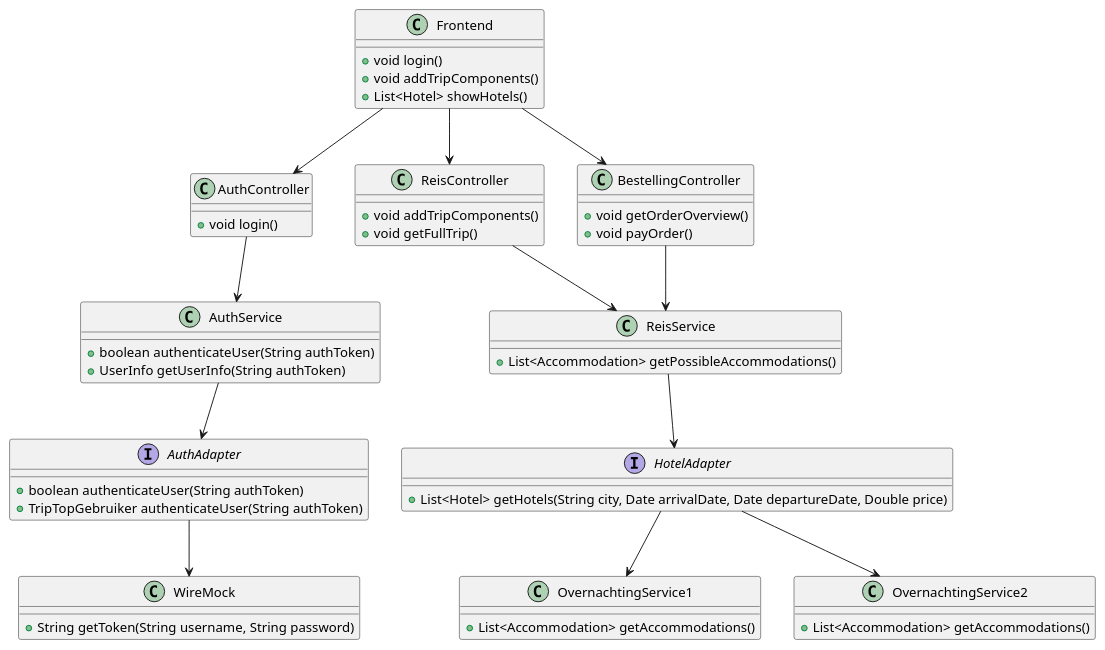
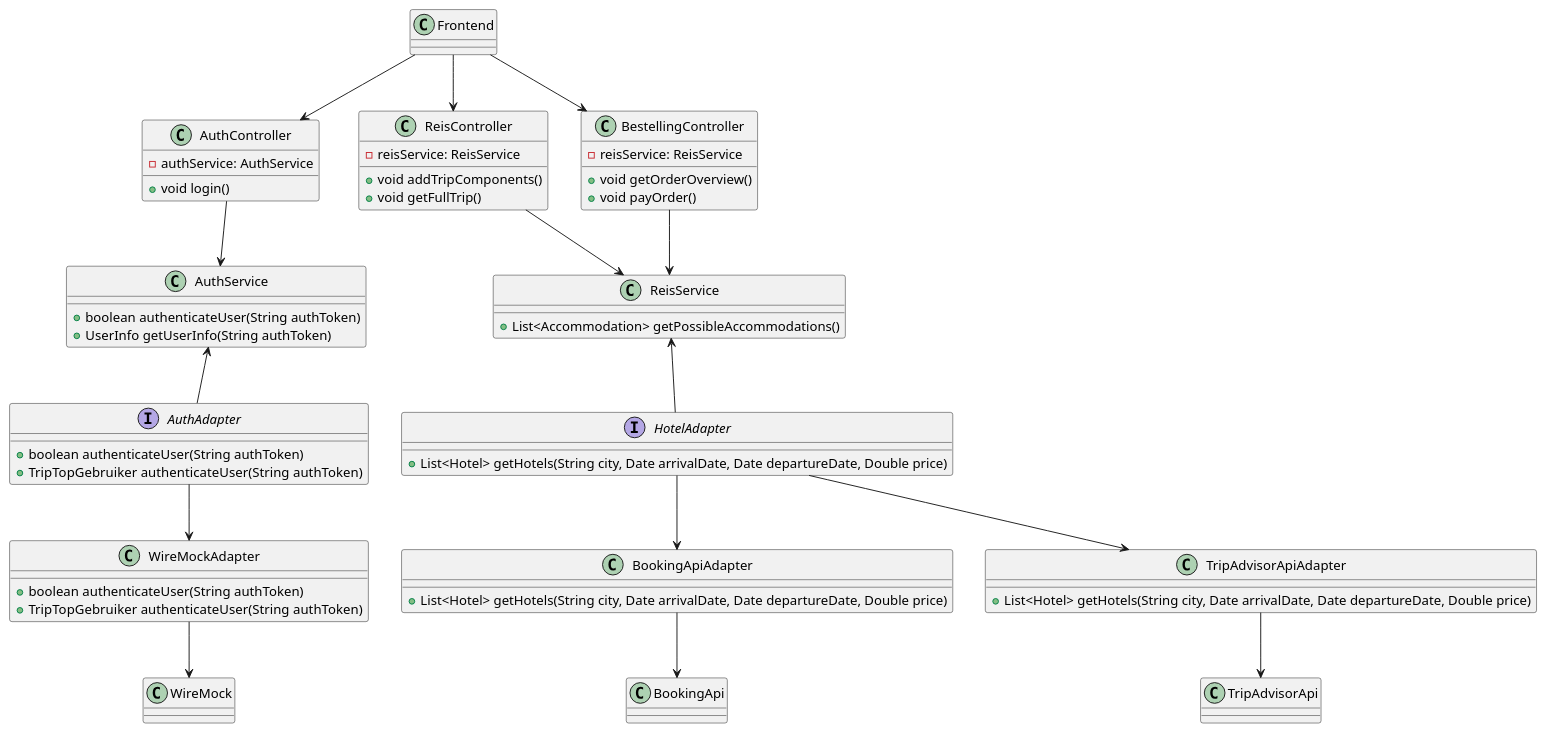
Before and after one commit to AIM-ENE-feb25/triptop-groep-b5: the diagram in week2/les3/classDiagram.puml, drawn with PlantUML.

Commit message:
class diagram update

```diff
--- a/week2/les3/classDiagram.puml
+++ b/week2/les3/classDiagram.puml
@@ -1,65 +1,82 @@
 @startuml
 
 class Frontend {
-    +void login()
-    +void addTripComponents()
-    +List<Hotel> showHotels()
+
 }
 
 class AuthController {
+    -authService: AuthService
     +void login()
 }
 
 class ReisController {
+    -reisService: ReisService
     +void addTripComponents()
     +void getFullTrip()
 }
 
 class BestellingController {
+-reisService: ReisService
     +void getOrderOverview()
     +void payOrder()
 }
 
 class AuthService {
     +boolean authenticateUser(String authToken)
     +UserInfo getUserInfo(String authToken)
 }
 
 class ReisService {
     +List<Accommodation> getPossibleAccommodations()
 }
 
 interface AuthAdapter {
     +boolean authenticateUser(String authToken)
     +TripTopGebruiker authenticateUser(String authToken)
 }
 
+class WireMockAdapter {
+    +boolean authenticateUser(String authToken)
+    +TripTopGebruiker authenticateUser(String authToken)
+}
+
 interface HotelAdapter {
     +List<Hotel> getHotels(String city, Date arrivalDate, Date departureDate, Double price)
 }
 
-class WireMock {
-    +String getToken(String username, String password)
+class BookingApiAdapter {
+    +List<Hotel> getHotels(String city, Date arrivalDate, Date departureDate, Double price)
 }
 
-class OvernachtingService1 {
-    +List<Accommodation> getAccommodations()
+class TripAdvisorApiAdapter {
+    +List<Hotel> getHotels(String city, Date arrivalDate, Date departureDate, Double price)
 }
 
-class OvernachtingService2 {
-    +List<Accommodation> getAccommodations()
+class WireMock {
+
+}
+
+class BookingApi {
+
+}
+
+class TripAdvisorApi {
+
 }
 
 Frontend --> AuthController
 AuthController --> AuthService
-AuthAdapter --> WireMock
+AuthAdapter --> WireMockAdapter
+WireMockAdapter --> WireMock
 Frontend --> ReisController
 ReisController --> ReisService
-HotelAdapter --> OvernachtingService1
-HotelAdapter --> OvernachtingService2
+HotelAdapter --> BookingApiAdapter
+HotelAdapter --> TripAdvisorApiAdapter
+BookingApiAdapter --> BookingApi
+TripAdvisorApiAdapter --> TripAdvisorApi
 Frontend --> BestellingController
 BestellingController --> ReisService
-AuthService --> AuthAdapter
-ReisService --> HotelAdapter
+AuthService <-- AuthAdapter
+ReisService <-- HotelAdapter
 
 @enduml
```
